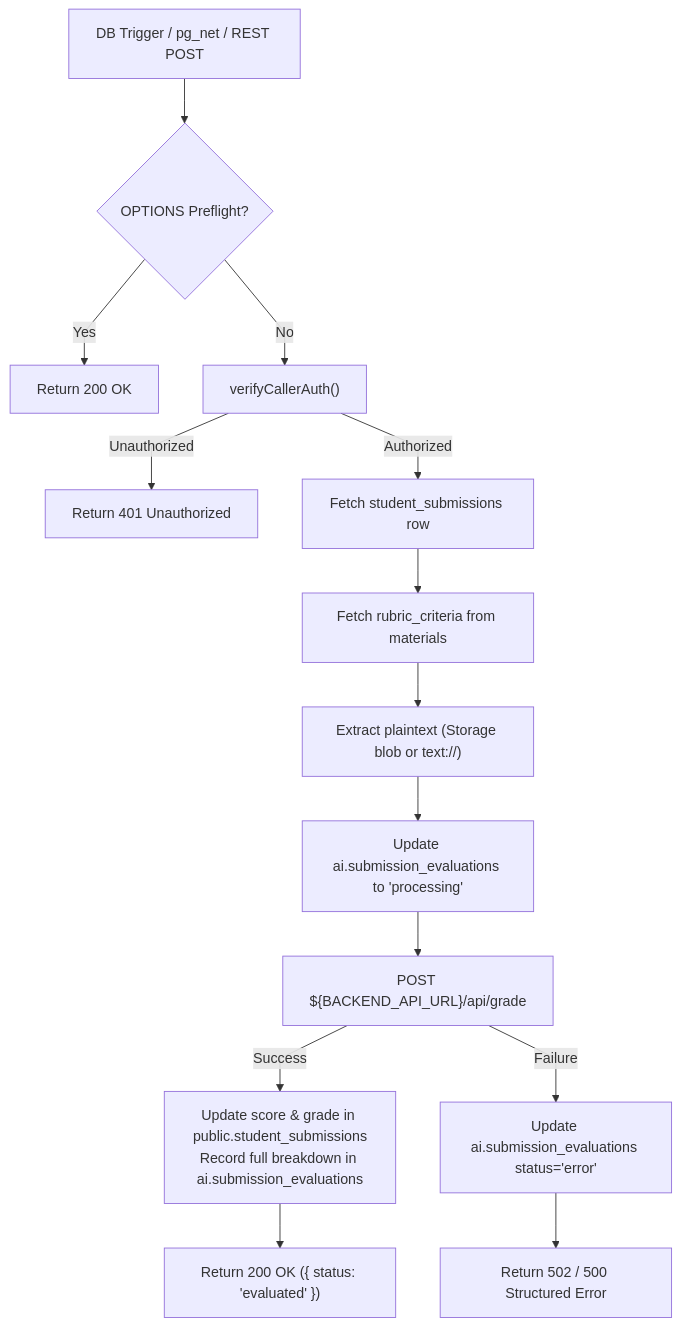
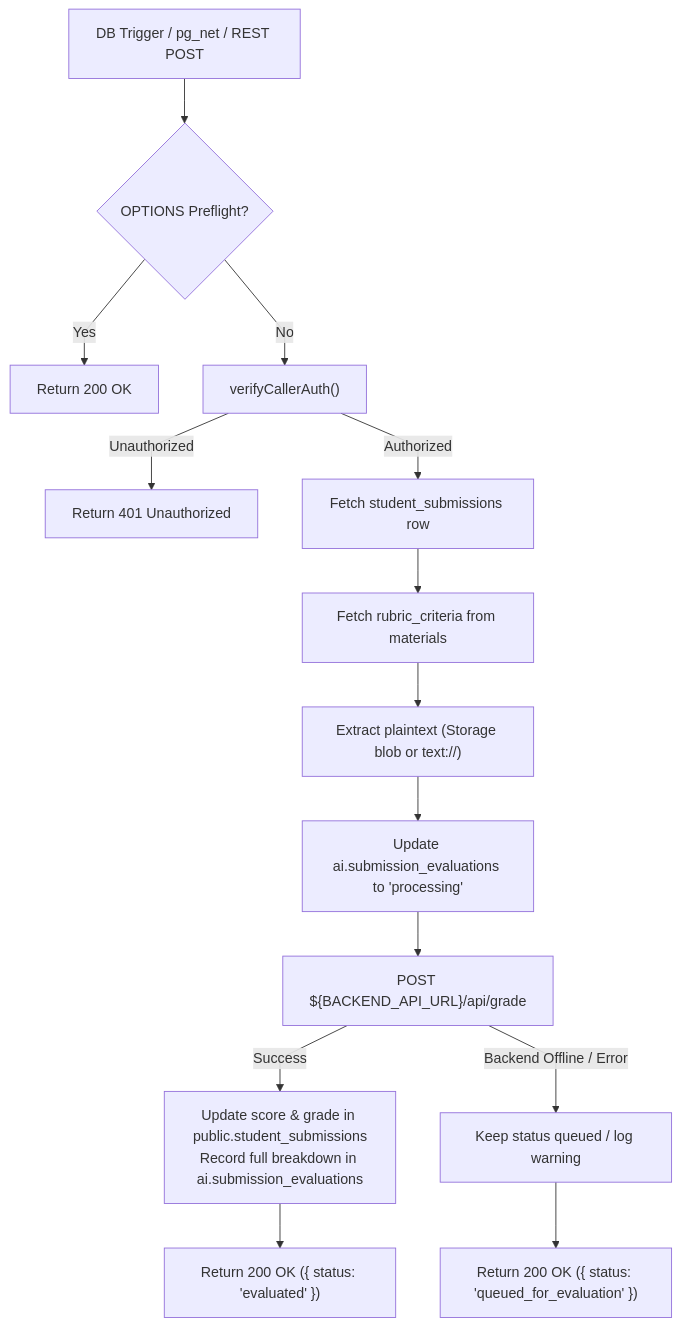
Before and after one commit to VictorBravo9er/Teacher-Assistant-Workspace: the diagram in supabase/functions/trigger-submission-evaluation/code.ARCH.md, drawn with Mermaid. The commit also changed other lines of this file and 21 other files, not shown here.

````diff
--- a/supabase/functions/trigger-submission-evaluation/code.ARCH.md
+++ b/supabase/functions/trigger-submission-evaluation/code.ARCH.md
@@ -9,20 +9,20 @@
 ```mermaid
 %%{init: {'flowchart': {'curve': 'linear'}}}%%
 flowchart TD
     Trigger["DB Trigger / pg_net / REST POST"] --> CORS{"OPTIONS Preflight?"}
     CORS -- Yes --> OK200["Return 200 OK"]
     CORS -- No --> Auth["verifyCallerAuth()"]
     
     Auth -- Unauthorized --> Err401["Return 401 Unauthorized"]
     Auth -- Authorized --> FetchSub["Fetch student_submissions row"]
     
     FetchSub --> FetchRubric["Fetch rubric_criteria from materials"]
     FetchRubric --> Extract["Extract plaintext (Storage blob or text://)"]
     Extract --> MarkProc["Update ai.submission_evaluations to 'processing'"]
     MarkProc --> CallBE["POST ${BACKEND_API_URL}/api/grade"]
     
     CallBE -- Success --> UpdateDB["Update score & grade in public.student_submissions<br/>Record full breakdown in ai.submission_evaluations"]
-    CallBE -- Failure --> MarkErr["Update ai.submission_evaluations status='error'"]
+    CallBE -- Backend Offline / Error --> MarkQueued["Keep status queued / log warning"]
     UpdateDB --> Done["Return 200 OK ({ status: 'evaluated' })"]
-    MarkErr --> DoneErr["Return 502 / 500 Structured Error"]
+    MarkQueued --> DoneQueued["Return 200 OK ({ status: 'queued_for_evaluation' })"]
 ```
````
